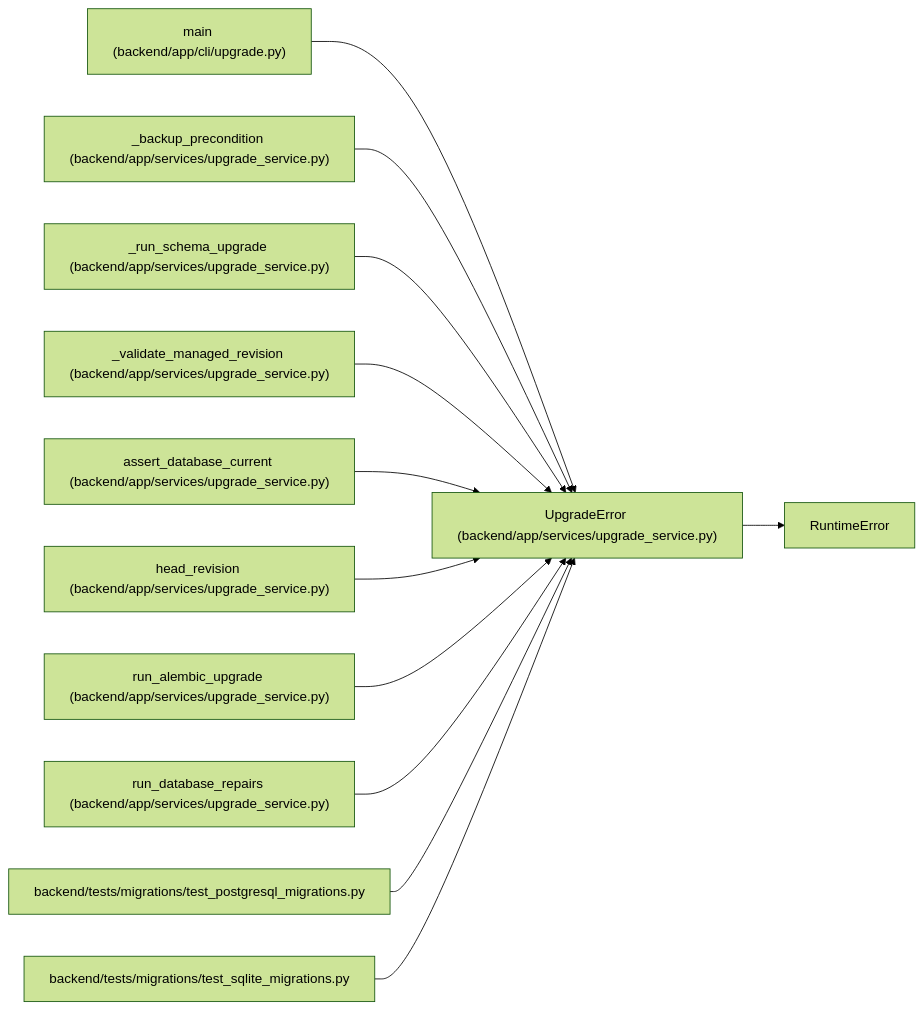
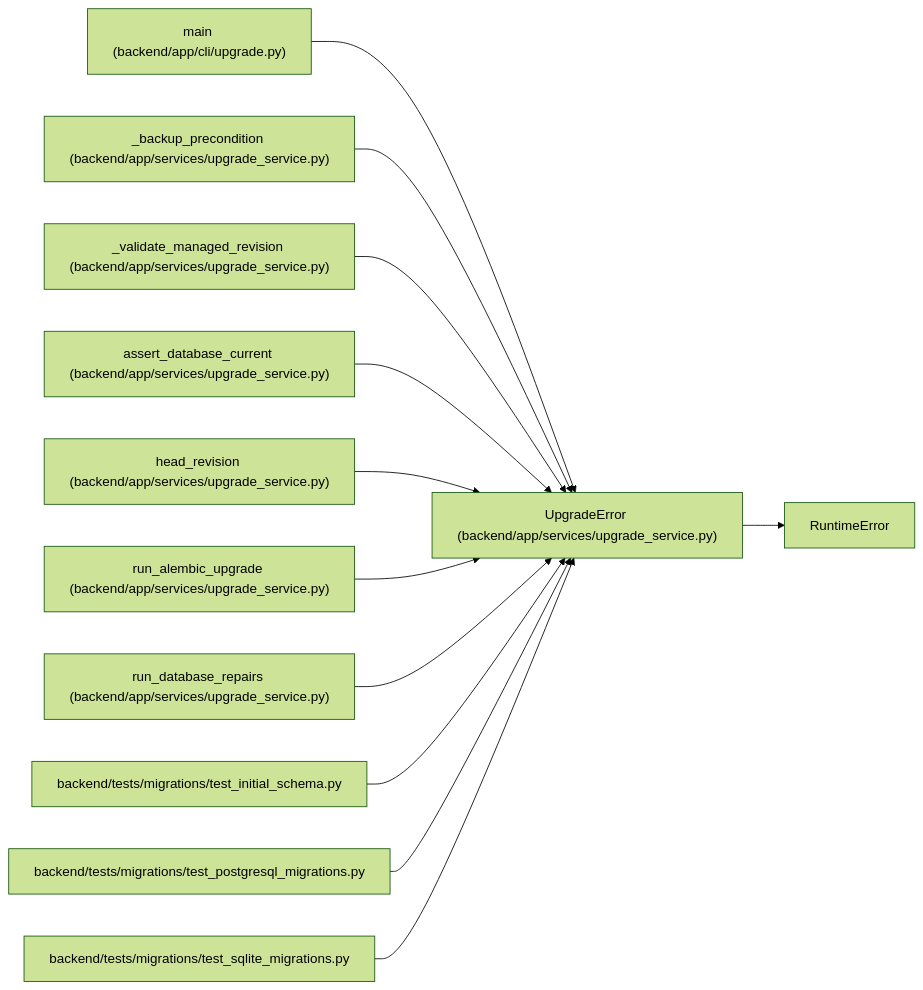
The diagram in docs/llm_wiki/entities/UpgradeError.md (Denissvgn/WorkChord), drawn with Mermaid (forest theme) before and after one commit. The commit also changed other lines of this file and 778 other files, not shown here.

````diff
--- a/docs/llm_wiki/entities/UpgradeError.md
+++ b/docs/llm_wiki/entities/UpgradeError.md
@@ -23,37 +23,37 @@
 ```mermaid
 flowchart LR
     n0["UpgradeError (backend/app/services/upgrade_service.py)"]
     n1["RuntimeError"]
     n2["main (backend/app/cli/upgrade.py)"]
     n3["_backup_precondition (backend/app/services/upgrade_service.py)"]
-    n4["_run_schema_upgrade (backend/app/services/upgrade_service.py)"]
-    n5["_validate_managed_revision (backend/app/services/upgrade_service.py)"]
-    n6["assert_database_current (backend/app/services/upgrade_service.py)"]
-    n7["head_revision (backend/app/services/upgrade_service.py)"]
-    n8["run_alembic_upgrade (backend/app/services/upgrade_service.py)"]
-    n9["run_database_repairs (backend/app/services/upgrade_service.py)"]
+    n4["_validate_managed_revision (backend/app/services/upgrade_service.py)"]
+    n5["assert_database_current (backend/app/services/upgrade_service.py)"]
+    n6["head_revision (backend/app/services/upgrade_service.py)"]
+    n7["run_alembic_upgrade (backend/app/services/upgrade_service.py)"]
+    n8["run_database_repairs (backend/app/services/upgrade_service.py)"]
+    n9["backend/tests/migrations/test_initial_schema.py"]
     n10["backend/tests/migrations/test_postgresql_migrations.py"]
     n11["backend/tests/migrations/test_sqlite_migrations.py"]
     n0 --> n1
     n2 --> n0
     n3 --> n0
     n4 --> n0
     n5 --> n0
     n6 --> n0
     n7 --> n0
     n8 --> n0
     n9 --> n0
     n10 --> n0
     n11 --> n0
     click n0 "../modules/upgrade_service.md"
     click n2 "../modules/upgrade.md"
     click n3 "../modules/upgrade_service.md"
     click n4 "../modules/upgrade_service.md"
     click n5 "../modules/upgrade_service.md"
     click n6 "../modules/upgrade_service.md"
     click n7 "../modules/upgrade_service.md"
     click n8 "../modules/upgrade_service.md"
-    click n9 "../modules/upgrade_service.md"
+    click n9 "../modules/test_initial_schema.md"
     click n10 "../modules/test_postgresql_migrations.md"
     click n11 "../modules/test_sqlite_migrations.md"
 ```
````
